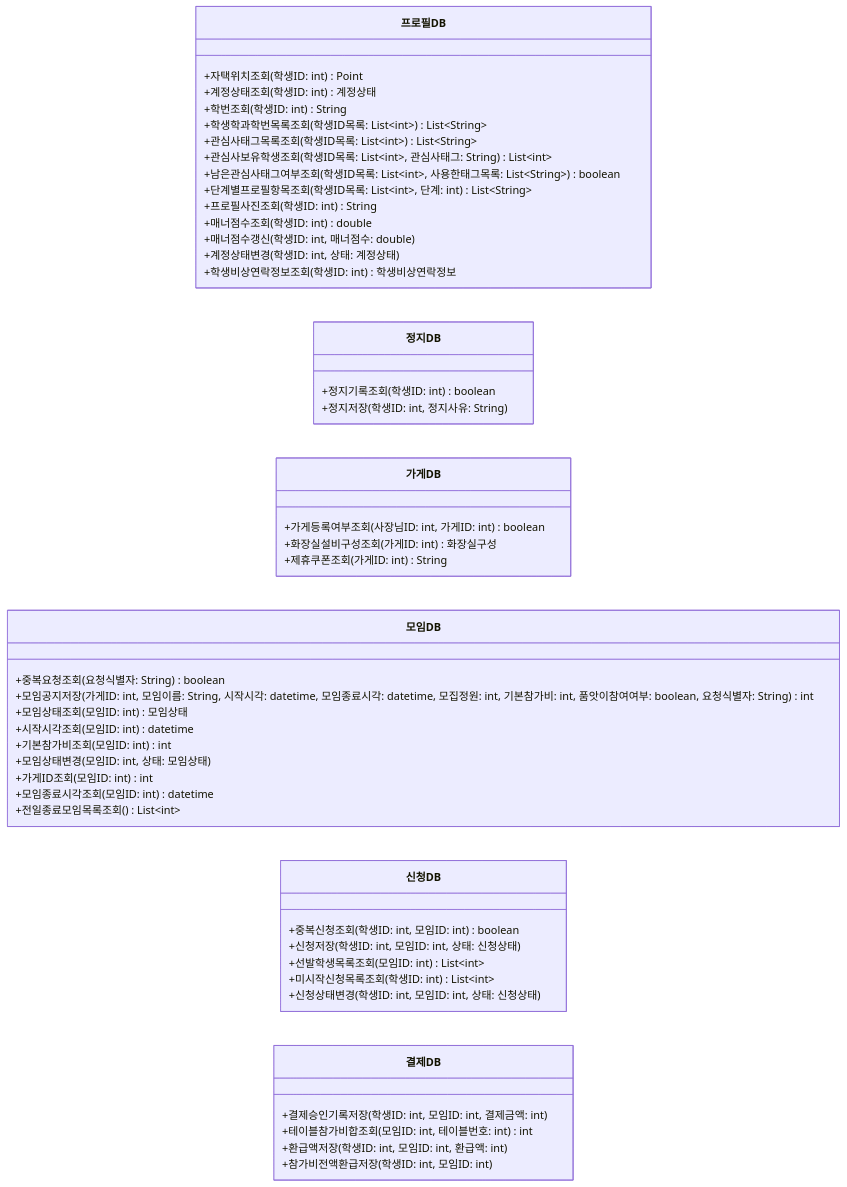
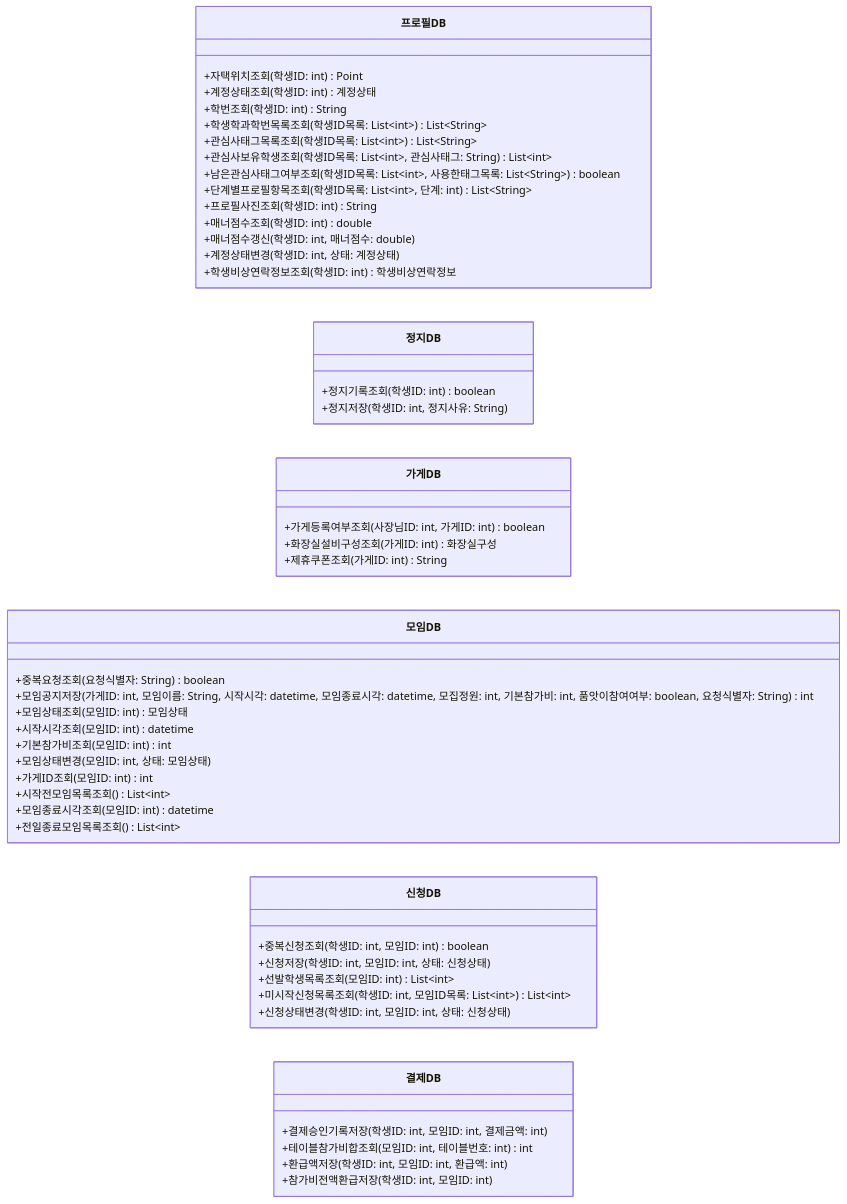
One commit to hojae3/sw-engineering-16 changed the ninth of 14 diagrams in class-diagram/class-diagram.md. Above: the diagram before and after it, drawn with Mermaid. The commit also changed other lines of this file and 5 other files, not shown here.

````diff
--- a/class-diagram/class-diagram.md
+++ b/class-diagram/class-diagram.md
@@ -656,52 +657,53 @@
 ```mermaid
 classDiagram
     direction LR
     class ProfileDB["프로필DB"] {
         +자택위치조회(학생ID: int) Point
         +계정상태조회(학생ID: int) 계정상태
         +학번조회(학생ID: int) String
         +학생학과학번목록조회(학생ID목록: List~int~) List~String~
         +관심사태그목록조회(학생ID목록: List~int~) List~String~
         +관심사보유학생조회(학생ID목록: List~int~, 관심사태그: String) List~int~
         +남은관심사태그여부조회(학생ID목록: List~int~, 사용한태그목록: List~String~) boolean
         +단계별프로필항목조회(학생ID목록: List~int~, 단계: int) List~String~
         +프로필사진조회(학생ID: int) String
         +매너점수조회(학생ID: int) double
         +매너점수갱신(학생ID: int, 매너점수: double)
         +계정상태변경(학생ID: int, 상태: 계정상태)
         +학생비상연락정보조회(학생ID: int) 학생비상연락정보
     }
     class SuspensionDB["정지DB"] {
         +정지기록조회(학생ID: int) boolean
         +정지저장(학생ID: int, 정지사유: String)
     }
     class StoreDB["가게DB"] {
         +가게등록여부조회(사장님ID: int, 가게ID: int) boolean
         +화장실설비구성조회(가게ID: int) 화장실구성
         +제휴쿠폰조회(가게ID: int) String
     }
     class MeetingDB["모임DB"] {
         +중복요청조회(요청식별자: String) boolean
         +모임공지저장(가게ID: int, 모임이름: String, 시작시각: datetime, 모임종료시각: datetime, 모집정원: int, 기본참가비: int, 품앗이참여여부: boolean, 요청식별자: String) int
         +모임상태조회(모임ID: int) 모임상태
         +시작시각조회(모임ID: int) datetime
         +기본참가비조회(모임ID: int) int
         +모임상태변경(모임ID: int, 상태: 모임상태)
         +가게ID조회(모임ID: int) int
+        +시작전모임목록조회() List~int~
         +모임종료시각조회(모임ID: int) datetime
         +전일종료모임목록조회() List~int~
     }
     class ApplicationDB["신청DB"] {
         +중복신청조회(학생ID: int, 모임ID: int) boolean
         +신청저장(학생ID: int, 모임ID: int, 상태: 신청상태)
         +선발학생목록조회(모임ID: int) List~int~
-        +미시작신청목록조회(학생ID: int) List~int~
+        +미시작신청목록조회(학생ID: int, 모임ID목록: List~int~) List~int~
         +신청상태변경(학생ID: int, 모임ID: int, 상태: 신청상태)
     }
     class PaymentDB["결제DB"] {
         +결제승인기록저장(학생ID: int, 모임ID: int, 결제금액: int)
         +테이블참가비합조회(모임ID: int, 테이블번호: int) int
         +환급액저장(학생ID: int, 모임ID: int, 환급액: int)
         +참가비전액환급저장(학생ID: int, 모임ID: int)
     }
 ```
````
